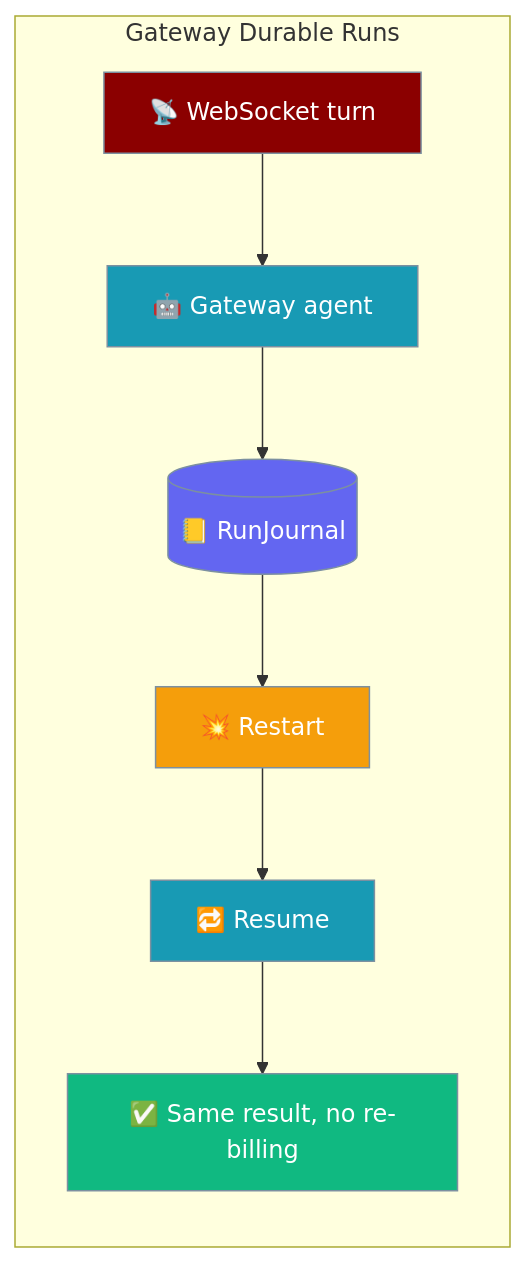
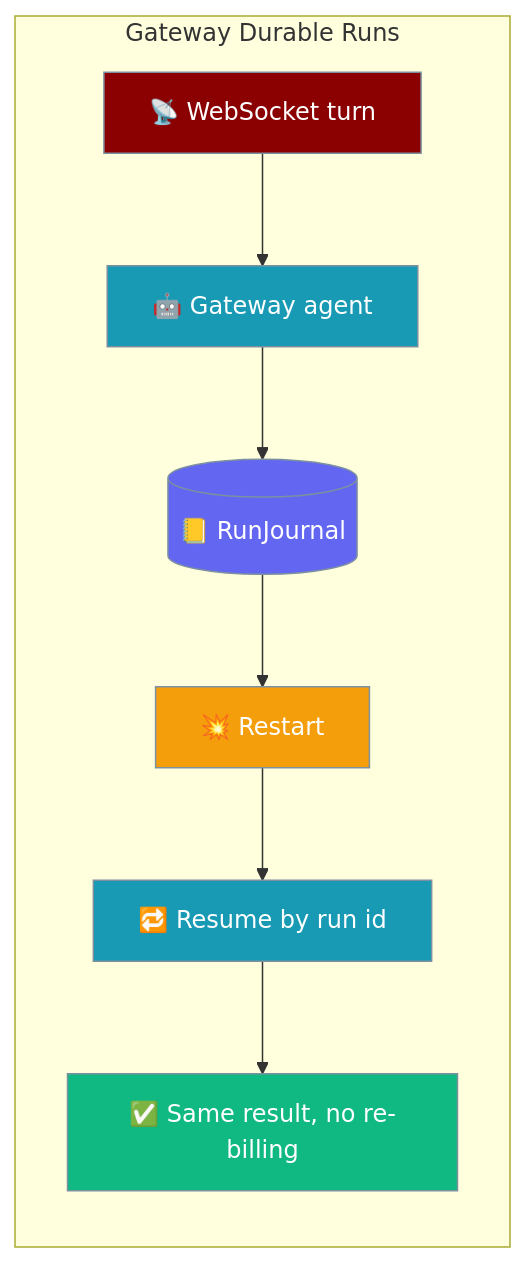
Before and after one commit to MervinPraison/PraisonAIDocs: the first of 3 diagrams in docs/features/gateway-durable-runs.mdx, drawn with Mermaid. The commit also changed other lines of this file and 6 other files, not shown here.

````diff
--- a/docs/features/gateway-durable-runs.mdx
+++ b/docs/features/gateway-durable-runs.mdx
@@ -10,20 +10,20 @@
 ```mermaid
 graph LR
     subgraph "Gateway Durable Runs"
         Conn[📡 WebSocket turn] --> Agent[🤖 Gateway agent]
         Agent --> Journal[(📒 RunJournal)]
         Journal --> Crash[💥 Restart]
-        Crash --> Resume[🔁 Resume]
+        Crash --> Resume[🔁 Resume by run id]
         Resume --> Done[✅ Same result, no re-billing]
     end
     classDef start fill:#8B0000,stroke:#7C90A0,color:#fff
     classDef process fill:#189AB4,stroke:#7C90A0,color:#fff
     classDef store fill:#6366F1,stroke:#7C90A0,color:#fff
     classDef warn fill:#F59E0B,stroke:#7C90A0,color:#fff
     classDef success fill:#10B981,stroke:#7C90A0,color:#fff
     class Conn start
     class Agent,Resume process
     class Journal store
     class Crash warn
     class Done success
 ```
````
